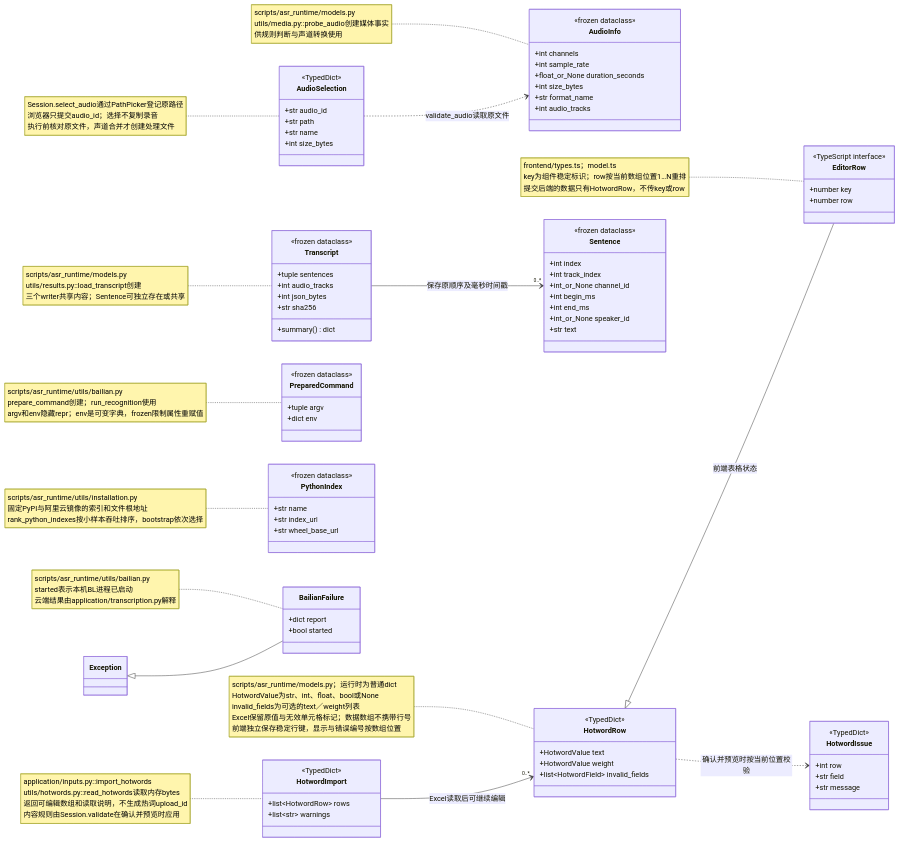
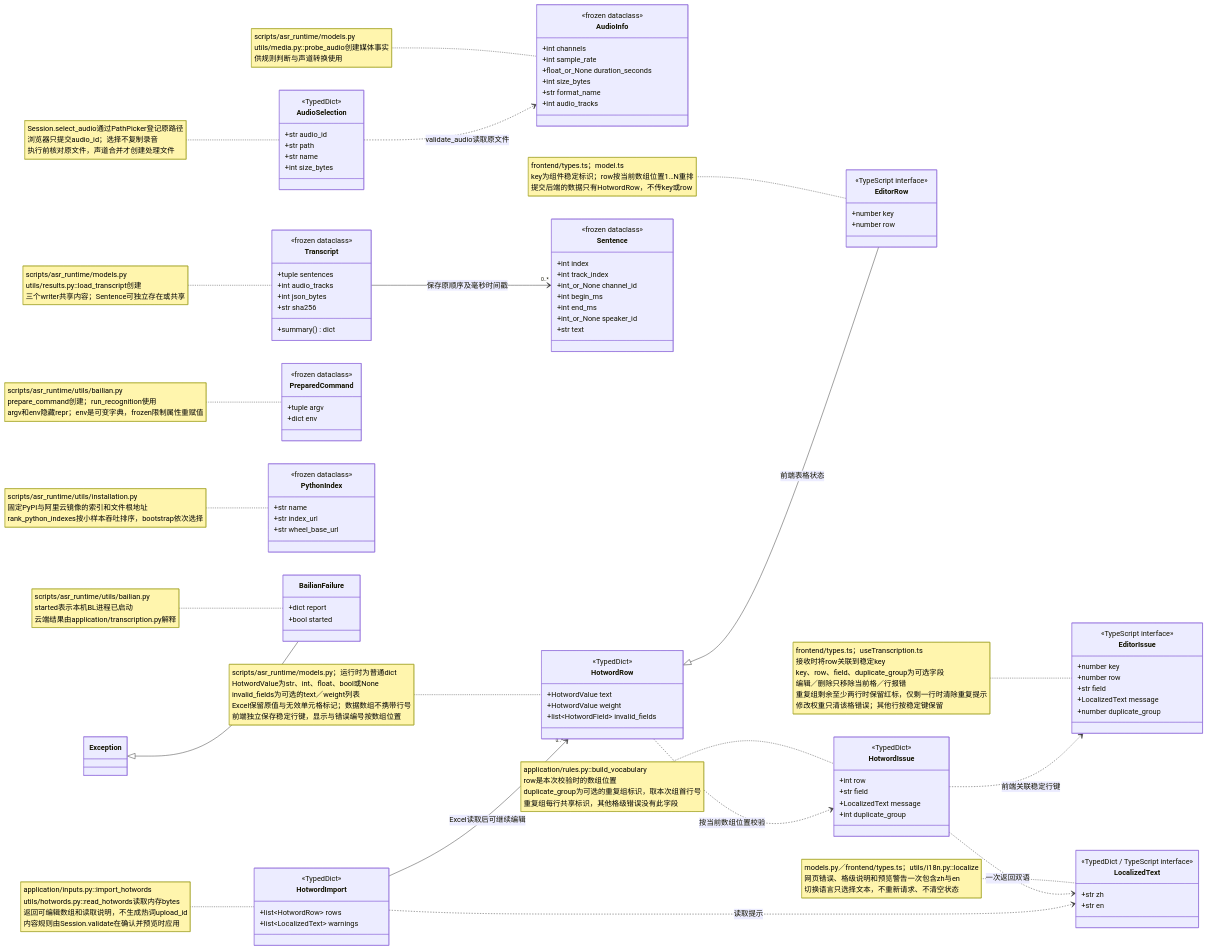
One commit to hx101700/memoflow changed the diagram in doc/uml/01b-data.mmd. Above: the diagram before and after it, drawn with Mermaid. The commit also changed 70 other files, not shown here.

```diff
--- a/doc/uml/01b-data.mmd
+++ b/doc/uml/01b-data.mmd
@@ -1,89 +1,109 @@
 classDiagram
 direction LR
 class AudioSelection {
   <<TypedDict>>
   +str audio_id
   +str path
   +str name
   +int size_bytes
 }
 class AudioInfo {
   <<frozen dataclass>>
   +int channels
   +int sample_rate
   +float_or_None duration_seconds
   +int size_bytes
   +str format_name
   +int audio_tracks
 }
 class HotwordRow {
   <<TypedDict>>
   +HotwordValue text
   +HotwordValue weight
   +list~HotwordField~ invalid_fields
 }
 class EditorRow {
   <<TypeScript interface>>
   +number key
   +number row
 }
+class LocalizedText {
+  <<TypedDict / TypeScript interface>>
+  +str zh
+  +str en
+}
 class HotwordIssue {
   <<TypedDict>>
   +int row
   +str field
-  +str message
+  +LocalizedText message
+  +int duplicate_group
+}
+class EditorIssue {
+  <<TypeScript interface>>
+  +number key
+  +number row
+  +str field
+  +LocalizedText message
+  +number duplicate_group
 }
 class HotwordImport {
   <<TypedDict>>
   +list~HotwordRow~ rows
-  +list~str~ warnings
+  +list~LocalizedText~ warnings
 }
 class Transcript {
   <<frozen dataclass>>
   +tuple sentences
   +int audio_tracks
   +int json_bytes
   +str sha256
   +summary() dict
 }
 class Sentence {
   <<frozen dataclass>>
   +int index
   +int track_index
   +int_or_None channel_id
   +int begin_ms
   +int end_ms
   +int_or_None speaker_id
   +str text
 }
 class PreparedCommand {
   <<frozen dataclass>>
   +tuple argv
   +dict env
 }
 class PythonIndex {
   <<frozen dataclass>>
   +str name
   +str index_url
   +str wheel_base_url
 }
 class BailianFailure {
   +dict report
   +bool started
 }
 class Exception
 AudioSelection ..> AudioInfo : validate_audio读取原文件
 Transcript --> "0..*" Sentence : 保存原顺序及毫秒时间戳
 HotwordImport --> "0..*" HotwordRow : Excel读取后可继续编辑
 HotwordRow <|-- EditorRow : 前端表格状态
-HotwordRow ..> HotwordIssue : 确认并预览时按当前位置校验
+HotwordRow ..> HotwordIssue : 按当前数组位置校验
+HotwordIssue ..> LocalizedText : 一次返回双语
+HotwordIssue ..> EditorIssue : 前端关联稳定行键
+HotwordImport ..> LocalizedText : 读取提示
 Exception <|-- BailianFailure
 note for AudioSelection "Session.select_audio通过PathPicker登记原路径<br/>浏览器只提交audio_id；选择不复制录音<br/>执行前核对原文件，声道合并才创建处理文件"
 note for AudioInfo "scripts/asr_runtime/models.py<br/>utils/media.py::probe_audio创建媒体事实<br/>供规则判断与声道转换使用"
 note for HotwordRow "scripts/asr_runtime/models.py；运行时为普通dict<br/>HotwordValue为str、int、float、bool或None<br/>invalid_fields为可选的text／weight列表<br/>Excel保留原值与无效单元格标记；数据数组不携带行号<br/>前端独立保存稳定行键，显示与错误编号按数组位置"
 note for EditorRow "frontend/types.ts；model.ts<br/>key为组件稳定标识；row按当前数组位置1…N重排<br/>提交后端的数据只有HotwordRow，不传key或row"
+note for HotwordIssue "application/rules.py::build_vocabulary<br/>row是本次校验时的数组位置<br/>duplicate_group为可选的重复组标识，取本次组首行号<br/>重复组每行共享标识，其他格级错误没有此字段"
+note for EditorIssue "frontend/types.ts；useTranscription.ts<br/>接收时将row关联到稳定key<br/>key、row、field、duplicate_group为可选字段<br/>编辑／删除只移除当前格／行报错<br/>重复组剩余至少两行时保留红标，仅剩一行时清除重复提示<br/>修改权重只清该格错误；其他行按稳定键保留"
+note for LocalizedText "models.py／frontend/types.ts；utils/i18n.py::localize<br/>网页错误、格级说明和预览警告一次包含zh与en<br/>切换语言只选择文本，不重新请求、不清空状态"
 note for HotwordImport "application/inputs.py::import_hotwords<br/>utils/hotwords.py::read_hotwords读取内存bytes<br/>返回可编辑数组和读取说明，不生成热词upload_id<br/>内容规则由Session.validate在确认并预览时应用"
 note for Transcript "scripts/asr_runtime/models.py<br/>utils/results.py::load_transcript创建<br/>三个writer共享内容；Sentence可独立存在或共享"
 note for PreparedCommand "scripts/asr_runtime/utils/bailian.py<br/>prepare_command创建；run_recognition使用<br/>argv和env隐藏repr；env是可变字典，frozen限制属性重赋值"
 note for PythonIndex "scripts/asr_runtime/utils/installation.py<br/>固定PyPI与阿里云镜像的索引和文件根地址<br/>rank_python_indexes按小样本吞吐排序，bootstrap依次选择"
 note for BailianFailure "scripts/asr_runtime/utils/bailian.py<br/>started表示本机BL进程已启动<br/>云端结果由application/transcription.py解释"
```
